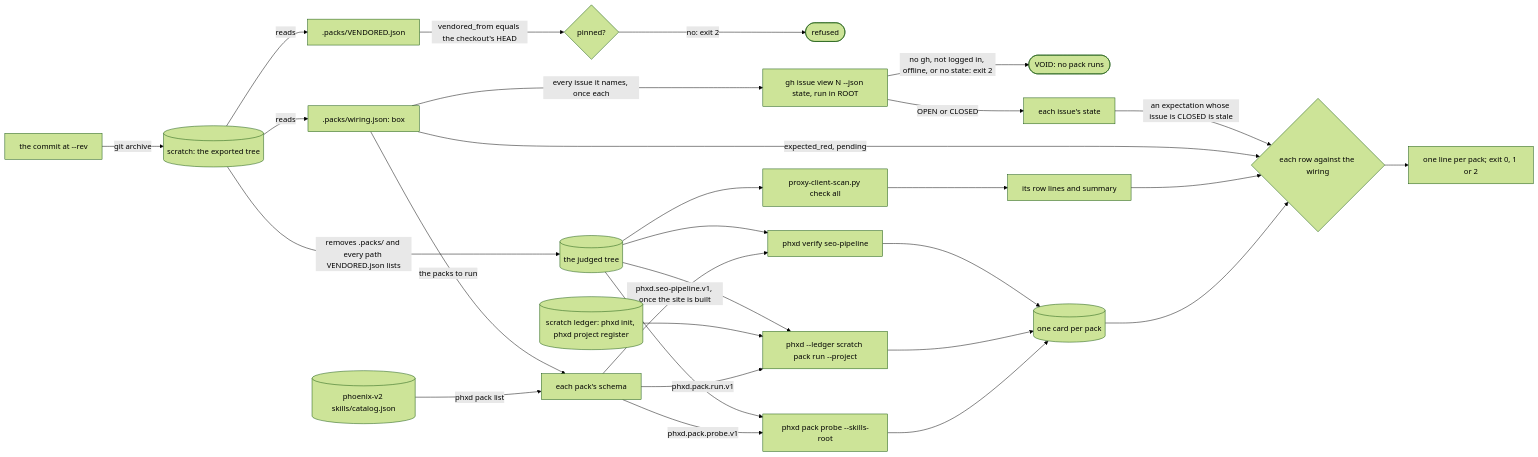
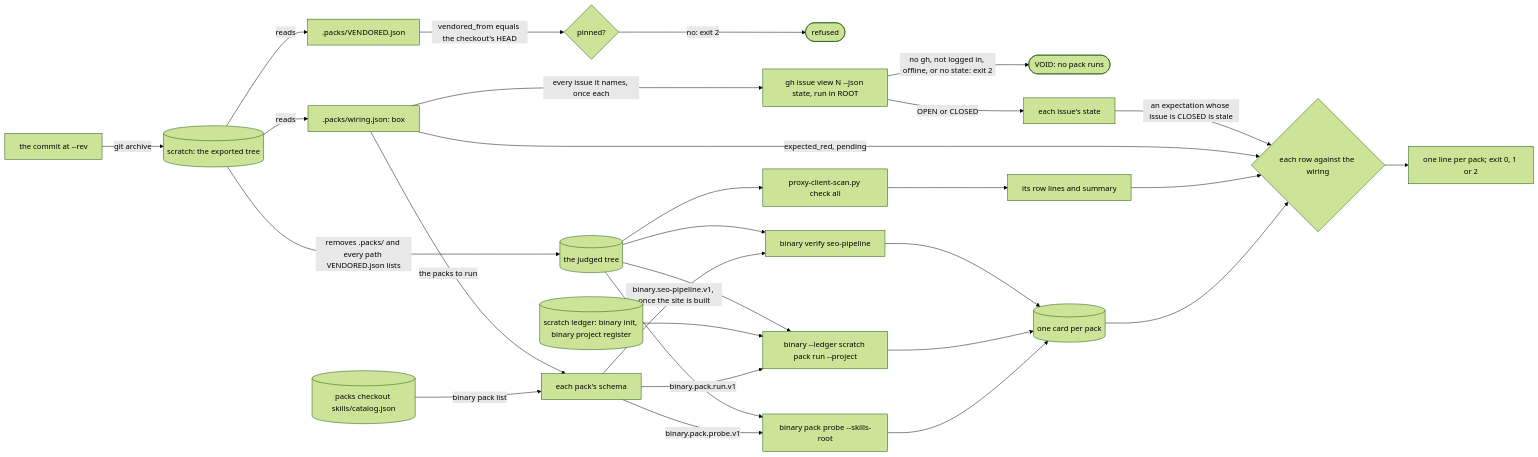
Before and after one commit to RexRenatus/deck-streak: the diagram in docs/schematics/box-pack-runner.md, drawn with Mermaid (forest theme). The commit also changed other lines of this file and 27 other files, not shown here.

````diff
--- a/docs/schematics/box-pack-runner.md
+++ b/docs/schematics/box-pack-runner.md
@@ -10,31 +10,31 @@
 ```mermaid
 flowchart LR
   rev[the commit at --rev] -->|git archive| export[(scratch: the exported tree)]
   export -->|reads| wiring[.packs/wiring.json: box]
   export -->|reads| vendored[.packs/VENDORED.json]
   vendored -->|vendored_from equals the checkout's HEAD| pin{pinned?}
   pin -->|no: exit 2| stop([refused])
   export -->|removes .packs/ and every path VENDORED.json lists| judged[(the judged tree)]
   wiring -->|every issue it names, once each| gh[gh issue view N --json state, run in ROOT]
   gh -->|no gh, not logged in, offline, or no state: exit 2| void([VOID: no pack runs])
   gh -->|OPEN or CLOSED| states[each issue's state]
-  catalog[(phoenix-v2 skills/catalog.json)] -->|phxd pack list| verbs[each pack's schema]
+  catalog[(packs checkout skills/catalog.json)] -->|binary pack list| verbs[each pack's schema]
   wiring -->|the packs to run| verbs
-  verbs -->|phxd.pack.probe.v1| probe[phxd pack probe --skills-root]
-  verbs -->|phxd.pack.run.v1| run[phxd --ledger scratch pack run --project]
-  verbs -->|phxd.seo-pipeline.v1, once the site is built| seo[phxd verify seo-pipeline]
-  ledger[(scratch ledger: phxd init, phxd project register)] --> run
+  verbs -->|binary.pack.probe.v1| probe[binary pack probe --skills-root]
+  verbs -->|binary.pack.run.v1| run[binary --ledger scratch pack run --project]
+  verbs -->|binary.seo-pipeline.v1, once the site is built| seo[binary verify seo-pipeline]
+  ledger[(scratch ledger: binary init, binary project register)] --> run
   judged --> probe
   judged --> run
   judged --> seo
   judged --> scan[proxy-client-scan.py check all]
   probe --> cards[(one card per pack)]
   run --> cards
   seo --> cards
   scan --> rows[its row lines and summary]
   cards --> judge{each row against the wiring}
   rows --> judge
   wiring -->|expected_red, pending| judge
   states -->|an expectation whose issue is CLOSED is stale| judge
   judge --> lines[one line per pack; exit 0, 1 or 2]
 ```
````
